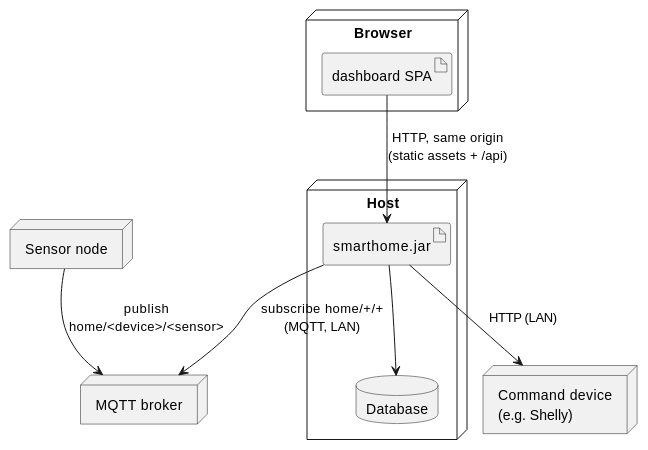
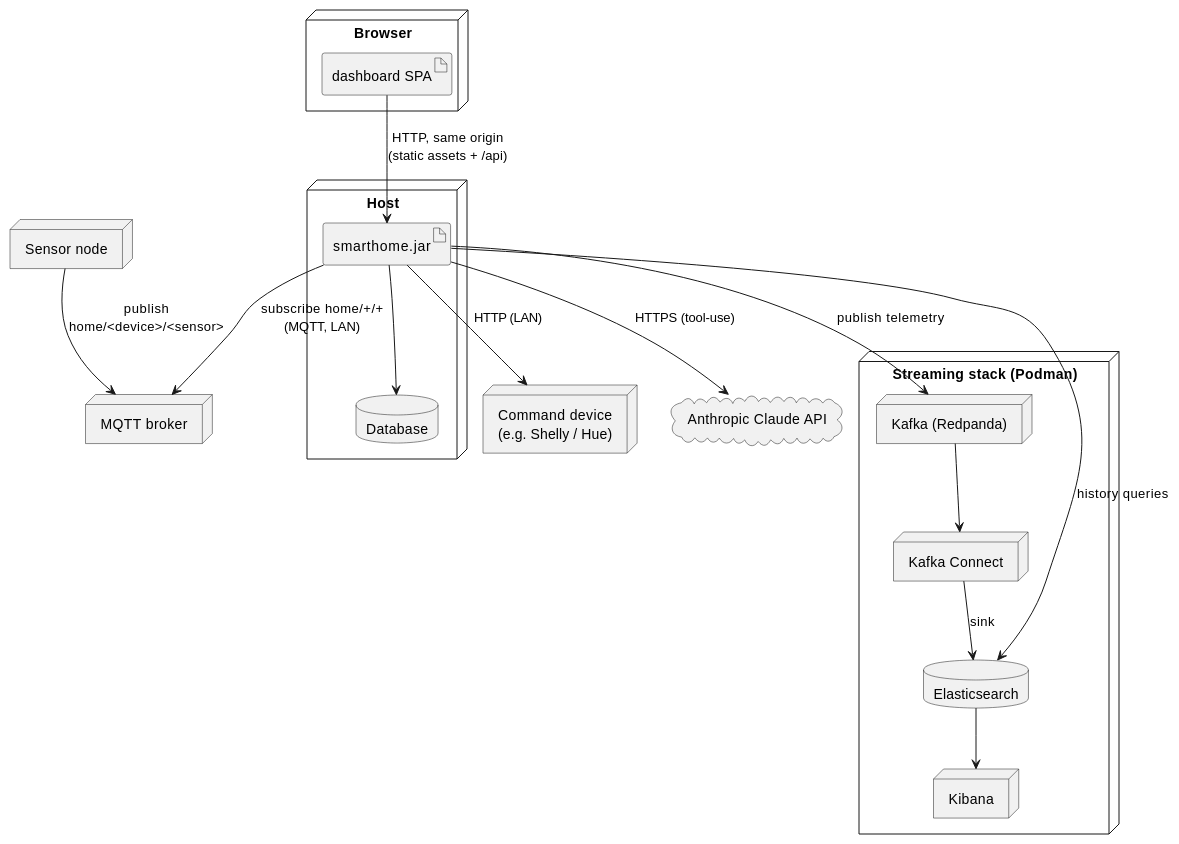
Before and after one commit to FelixGeisler/SmartHome: the diagram in docs/modules/ROOT/pages/07-deployment-view.adoc, drawn with PlantUML. The commit also changed other lines of this file and 7 other files, not shown here.

```diff
--- a/docs/modules/ROOT/pages/07-deployment-view.adoc
+++ b/docs/modules/ROOT/pages/07-deployment-view.adoc
@@ -8,20 +10,34 @@
 [plantuml,deployment,svg]
 ----
 @startuml
 node "Browser" {
   artifact "dashboard SPA" as spa
 }
 node "Host" {
   artifact "smarthome.jar" as app
   database "Database" as db
   app --> db
 }
-node "Command device\n(e.g. Shelly)" as plug
+node "Command device\n(e.g. Shelly / Hue)" as plug
 node "MQTT broker" as broker
 node "Sensor node" as sensor
+node "Streaming stack (Podman)" as stack {
+  node "Kafka (Redpanda)" as kafka
+  node "Kafka Connect" as connect
+  database "Elasticsearch" as es
+  node "Kibana" as kibana
+}
+cloud "Anthropic Claude API" as claude
+
 spa --> app : HTTP, same origin\n(static assets + /api)
 app --> plug : HTTP (LAN)
 sensor --> broker : publish\nhome/<device>/<sensor>
 app --> broker : subscribe home/+/+\n(MQTT, LAN)
+app --> kafka : publish telemetry
+kafka --> connect
+connect --> es : sink
+app --> es : history queries
+es --> kibana
+app --> claude : HTTPS (tool-use)
 @enduml
 ----
```
